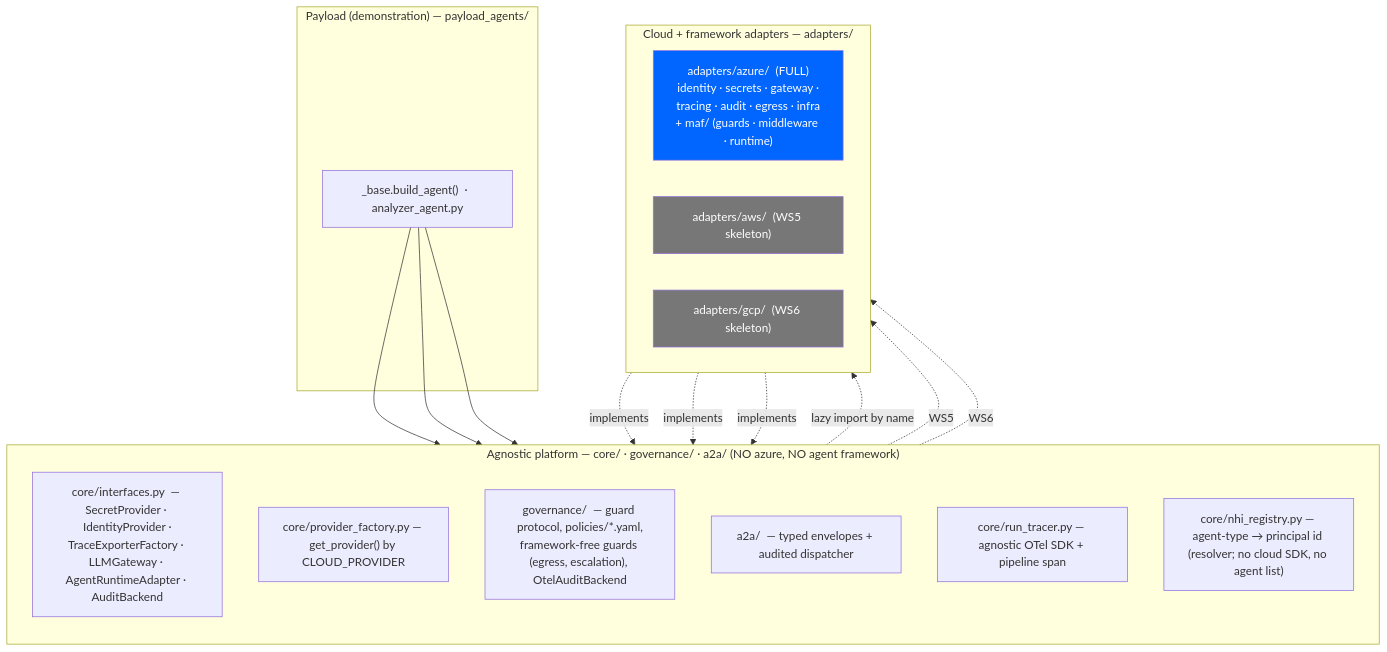
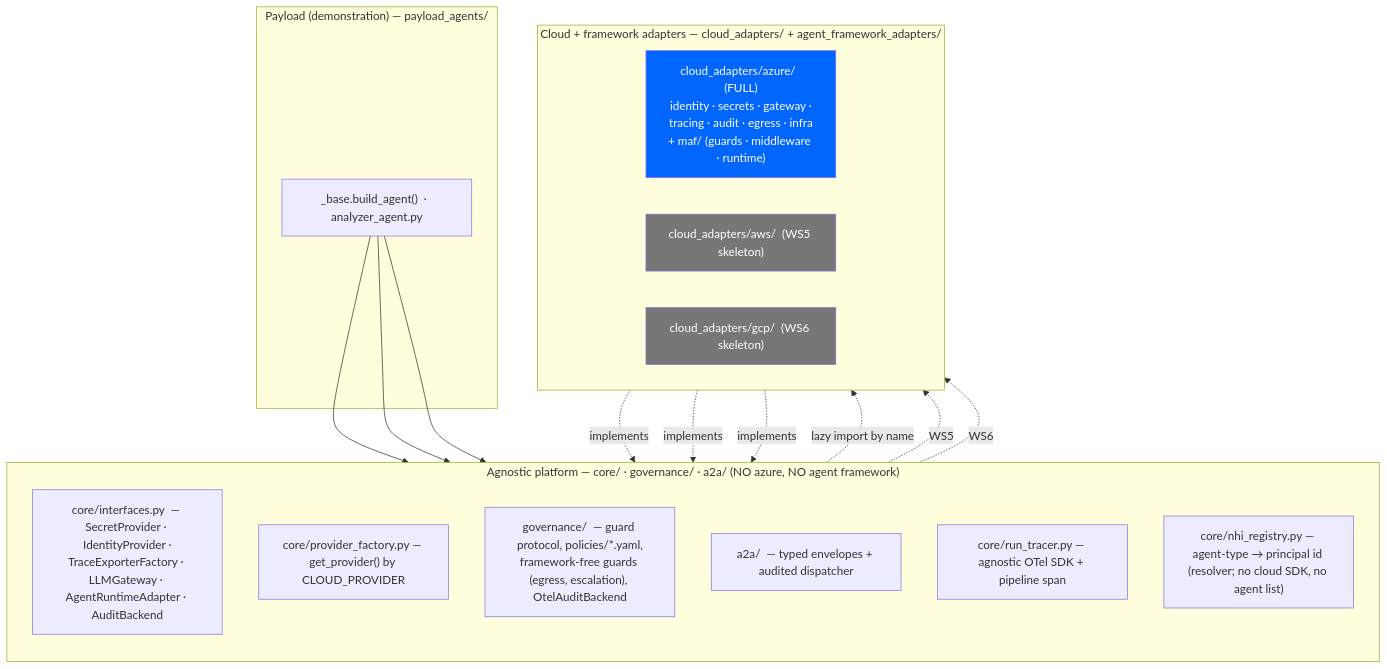
One commit to rlpatrao/agent-gov-sec changed the first of 9 diagrams in docs/architecture.md. Above: the diagram before and after it, drawn with Mermaid. The commit also changed other lines of this file and 116 other files, not shown here.

First line of the commit message:
refactor: split adapters/ into cloud_adapters/ and agent_framework_adapters/ (#33)

````diff
--- a/docs/architecture.md
+++ b/docs/architecture.md
@@ -29,38 +29,38 @@
 ```mermaid
 flowchart TB
   subgraph PAYLOAD["Payload (demonstration) — payload_agents/"]
     Base["_base.build_agent()  ·  analyzer_agent.py"]
   end
 
   subgraph CORE["Agnostic platform — core/ · governance/ · a2a/  (NO azure, NO agent framework)"]
     direction TB
     Seam["core/interfaces.py  — SecretProvider · IdentityProvider ·\nTraceExporterFactory · LLMGateway · AgentRuntimeAdapter · AuditBackend"]
     Factory["core/provider_factory.py — get_provider() by CLOUD_PROVIDER"]
     Gov["governance/  — guard protocol, policies/*.yaml,\nframework-free guards (egress, escalation), OtelAuditBackend"]
     A2A["a2a/  — typed envelopes + audited dispatcher"]
     Tracer["core/run_tracer.py — agnostic OTel SDK + pipeline span"]
     NHI["core/nhi_registry.py — agent-type → principal id (resolver; no cloud SDK, no agent list)"]
   end
 
-  subgraph ADAPTERS["Cloud + framework adapters — adapters/"]
+  subgraph ADAPTERS["Cloud + framework adapters — cloud_adapters/ + agent_framework_adapters/"]
     direction LR
-    AZ["adapters/azure/  (FULL)\nidentity · secrets · gateway ·\ntracing · audit · egress · infra\n+ maf/ (guards · middleware · runtime)"]
-    AWS["adapters/aws/  (WS5 skeleton)"]
-    GCP["adapters/gcp/  (WS6 skeleton)"]
+    AZ["cloud_adapters/azure/  (FULL)\nidentity · secrets · gateway ·\ntracing · audit · egress · infra\n+ maf/ (guards · middleware · runtime)"]
+    AWS["cloud_adapters/aws/  (WS5 skeleton)"]
+    GCP["cloud_adapters/gcp/  (WS6 skeleton)"]
   end
 
   Base --> Factory
   Base --> Gov
   Base --> A2A
   Factory -. lazy import by name .-> AZ
   Factory -. WS5 .-> AWS
   Factory -. WS6 .-> GCP
   AZ -.implements.-> Seam
   AWS -.implements.-> Seam
   GCP -.implements.-> Seam
 
   classDef azure fill:#06f,color:#fff
   classDef stub fill:#777,color:#fff
   class AZ azure
   class AWS,GCP stub
 ```
````
